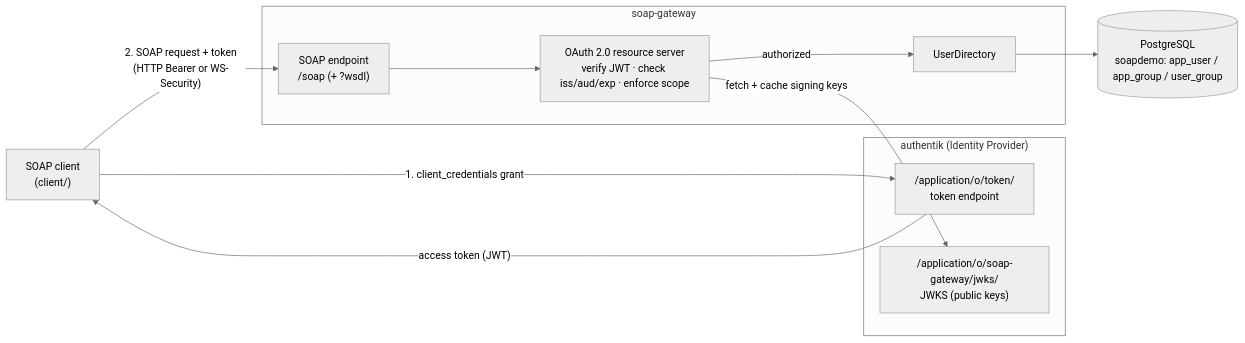
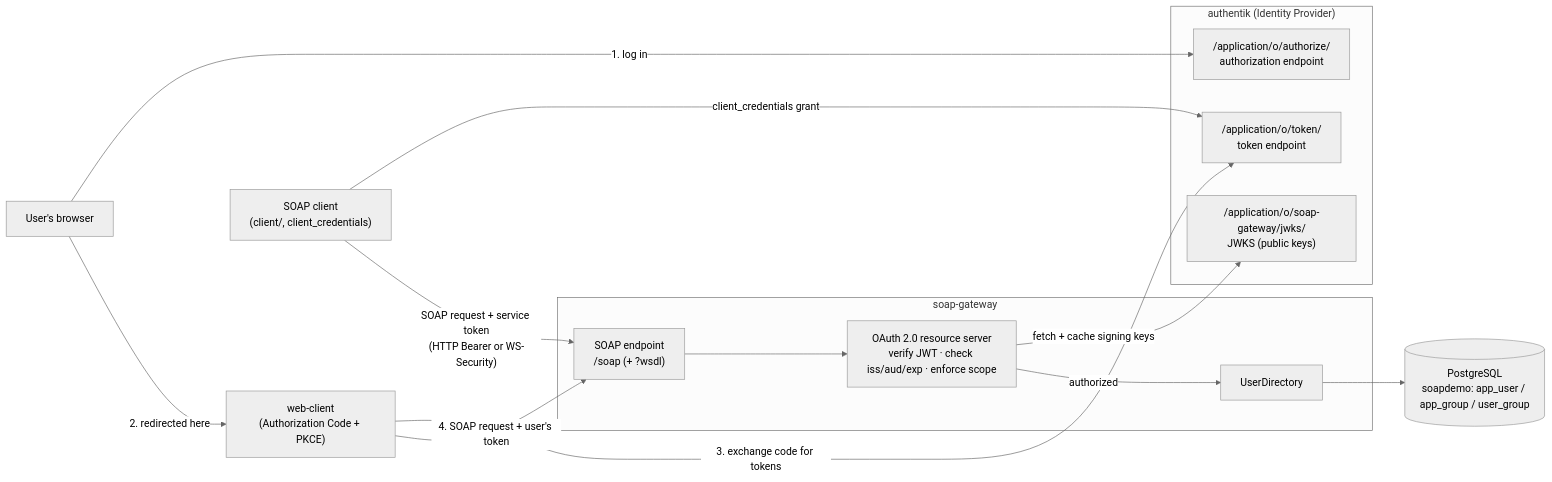
Before and after one commit to Anna-Bohun-art/authentik_projekt: the first of 4 diagrams in docs/architecture.md, drawn with Mermaid (neutral theme). The commit also changed other lines of this file and 12 other files, not shown here.

Commit message:
adding web client layer,  basic test

````diff
--- a/docs/architecture.md
+++ b/docs/architecture.md
@@ -5,22 +5,28 @@
 ```mermaid
 flowchart LR
-    client["SOAP client<br/>(client/)"]
+    browser["User's browser"]
+    webclient["web-client<br/>(Authorization Code + PKCE)"]
+    client["SOAP client<br/>(client/, client_credentials)"]
     subgraph idp["authentik (Identity Provider)"]
+      authz["/application/o/authorize/<br/>authorization endpoint"]
       token["/application/o/token/<br/>token endpoint"]
       jwks["/application/o/soap-gateway/jwks/<br/>JWKS (public keys)"]
     end
     subgraph gw["soap-gateway"]
       soap["SOAP endpoint<br/>/soap  (+ ?wsdl)"]
       auth["OAuth 2.0 resource server<br/>verify JWT · check iss/aud/exp · enforce scope"]
       dir["UserDirectory"]
     end
     db[("PostgreSQL<br/>soapdemo: app_user / app_group / user_group")]
 
-    client -- "1. client_credentials grant" --> token
-    token -- "access token (JWT)" --> client
-    client -- "2. SOAP request + token<br/>(HTTP Bearer or WS-Security)" --> soap
+    browser -- "1. log in" --> authz
+    browser -- "2. redirected here" --> webclient
+    webclient -- "3. exchange code for tokens" --> token
+    client -- "client_credentials grant" --> token
+    webclient -- "4. SOAP request + user's token" --> soap
+    client -- "SOAP request + service token<br/>(HTTP Bearer or WS-Security)" --> soap
     soap --> auth
     auth -- "fetch + cache signing keys" --> jwks
     auth -- "authorized" --> dir
     dir --> db
 ```
````
